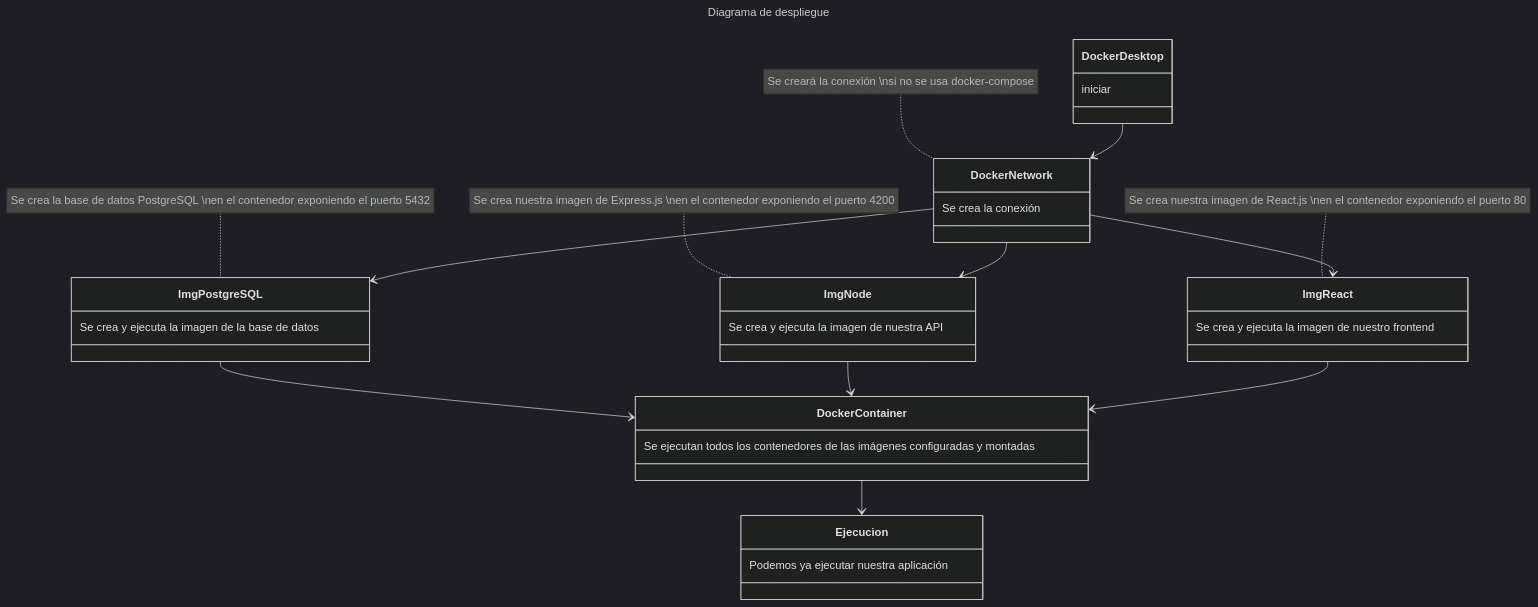
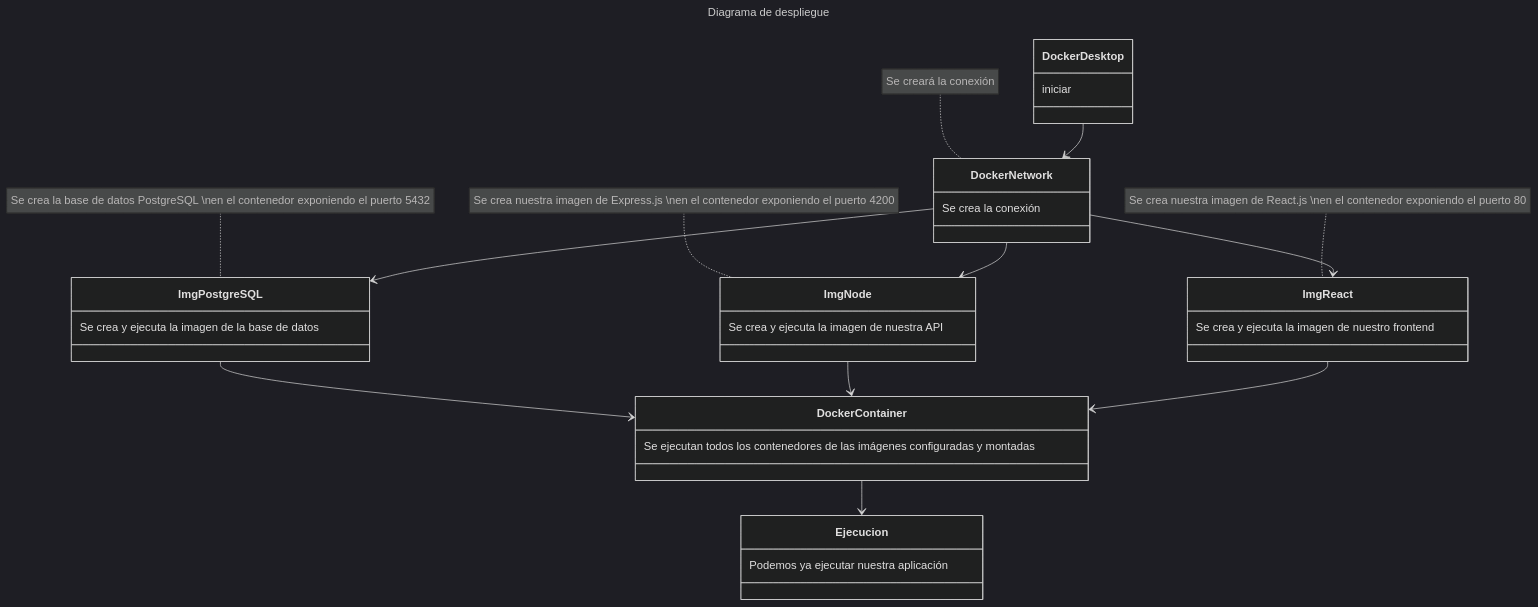
Before and after one commit to manilex2/prueba-nativapps: the diagram in README.md, drawn with Mermaid (dark theme).

Commit message:
Commit inicial

````diff
--- a/README.md
+++ b/README.md
@@ -140,25 +140,25 @@
 ```mermaid
 ---
 title: Diagrama de despliegue
 ---
 classDiagram
     DockerDesktop --> DockerNetwork
     DockerDesktop: iniciar
     DockerNetwork: Se crea la conexión
-    note for DockerNetwork "Se creará la conexión \nsi no se usa docker-compose"
+    note for DockerNetwork "Se creará la conexión"
     DockerNetwork --> ImgPostgreSQL
     ImgPostgreSQL: Se crea y ejecuta la imagen de la base de datos
     note for ImgPostgreSQL "Se crea la base de datos PostgreSQL \nen el contenedor exponiendo el puerto 5432"
     DockerNetwork --> ImgNode
     ImgNode: Se crea y ejecuta la imagen de nuestra API
     note for ImgNode "Se crea nuestra imagen de Express.js \nen el contenedor exponiendo el puerto 4200"
     DockerNetwork --> ImgReact
     ImgReact: Se crea y ejecuta la imagen de nuestro frontend
     note for ImgReact "Se crea nuestra imagen de React.js \nen el contenedor exponiendo el puerto 80"
     ImgPostgreSQL --> DockerContainer
     ImgNode --> DockerContainer
     ImgReact --> DockerContainer
     DockerContainer: Se ejecutan todos los contenedores de las imágenes configuradas y montadas
     DockerContainer --> Ejecucion
     Ejecucion: Podemos ya ejecutar nuestra aplicación
 ```
````
